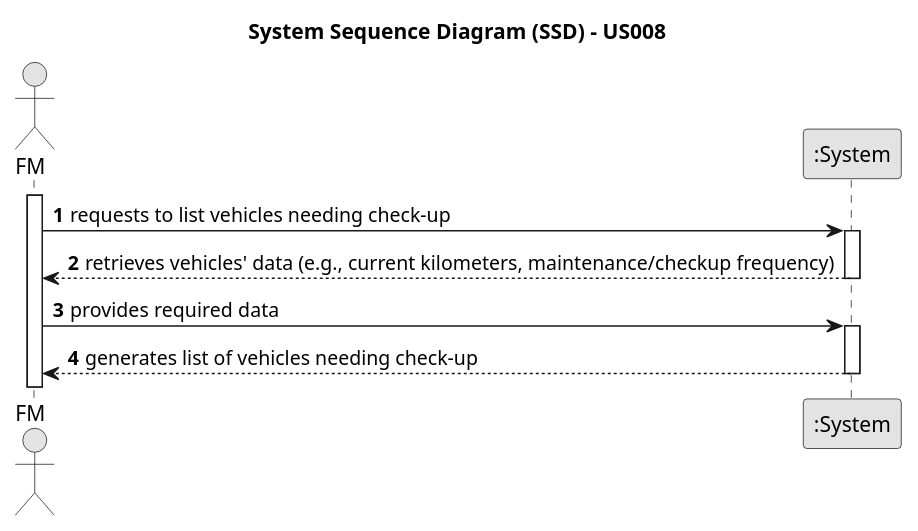
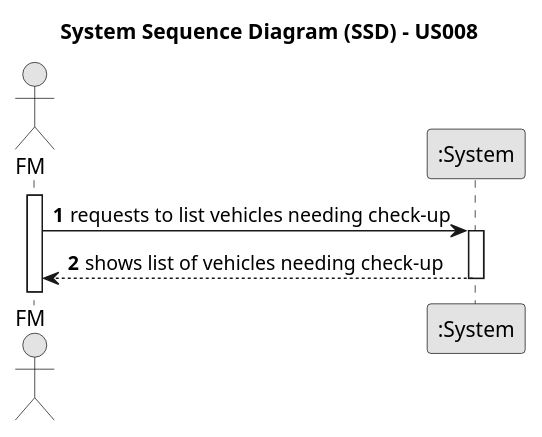
Before and after one commit to ricardomm7/leaflink: the diagram in docs/sprintA/us008/01.requirements-engineering/puml/us008-system-sequence-diagram-alternative-one.puml, drawn with PlantUML. The commit also changed 17 other files, not shown here.

```diff
--- a/docs/sprintA/us008/01.requirements-engineering/puml/us008-system-sequence-diagram-alternative-one.puml
+++ b/docs/sprintA/us008/01.requirements-engineering/puml/us008-system-sequence-diagram-alternative-one.puml
@@ -1,27 +1,21 @@
 @startuml
 skinparam monochrome true
 skinparam packageStyle rectangle
 skinparam shadowing false
 
 title System Sequence Diagram (SSD) - US008
 
 autonumber
 
 actor "FM" as FM
 participant ":System" as System
 
 activate FM
 
-    FM -> System : requests to list vehicles needing check-up
-    activate System
+        FM -> System : requests to list vehicles needing check-up
+        activate System
 
-        System --> FM : retrieves vehicles' data (e.g., current kilometers, maintenance/checkup frequency)
-    deactivate System
-
-    FM -> System : provides required data
-    activate System
-
-        System --> FM : generates list of vehicles needing check-up
-    deactivate System
+            System --> FM : shows list of vehicles needing check-up
+        deactivate System
 
 @enduml
```
